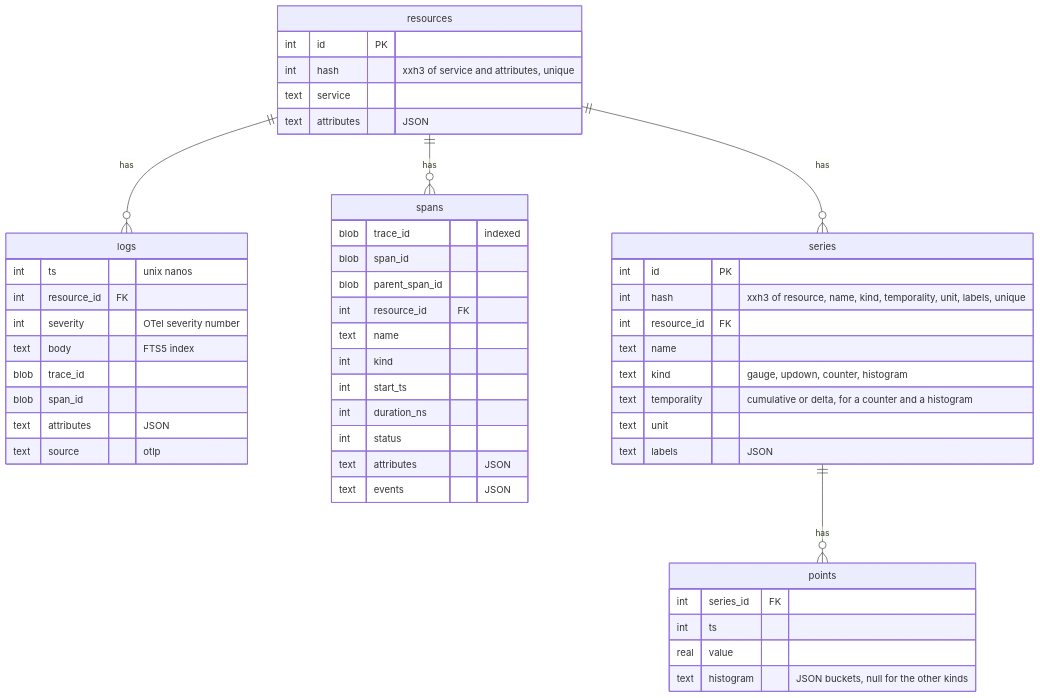
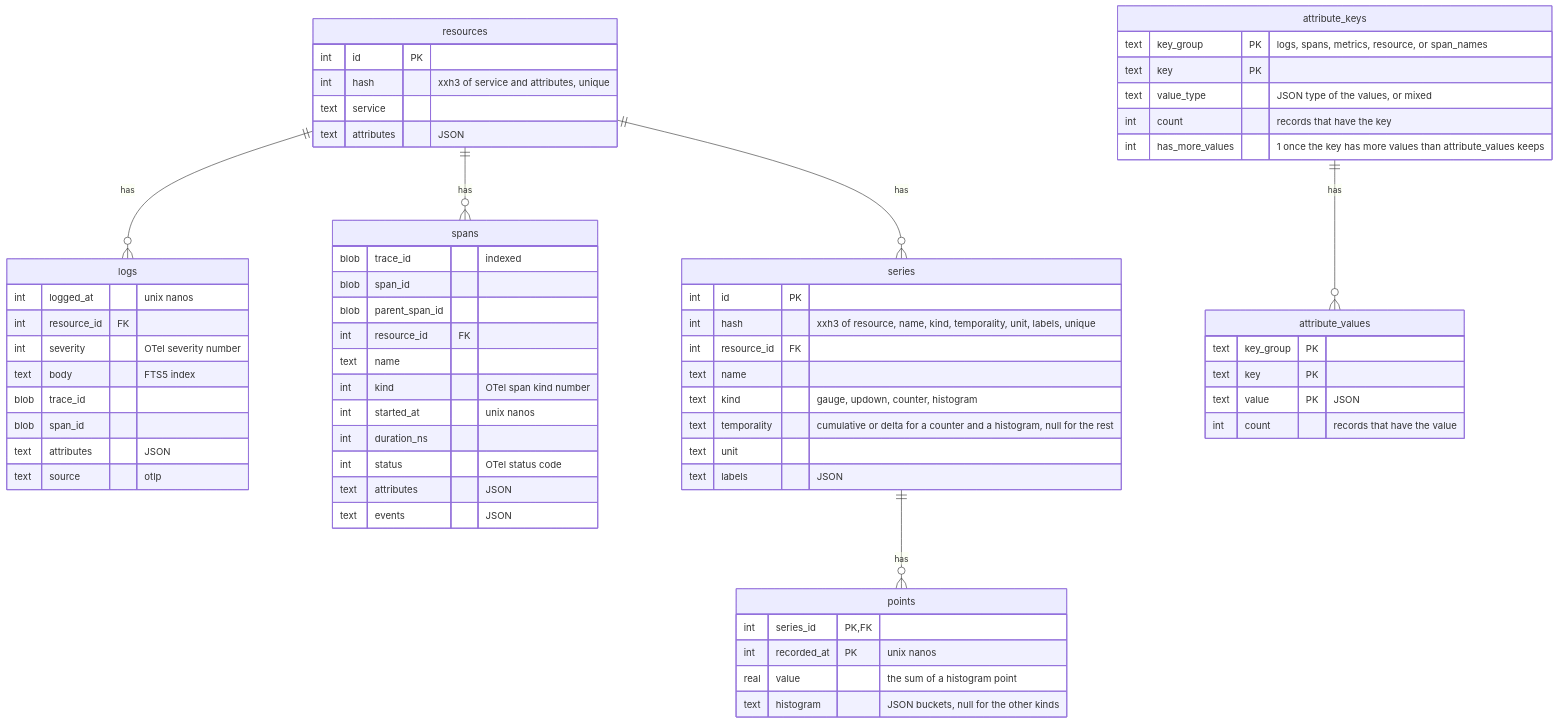
The second of 2 diagrams in docs/telemetry.md (sukovanej/otelo), drawn with Mermaid before and after one commit. The commit also changed other lines of this file, not shown here.

Commit message:
doc telemetry: edit
Via: claude-code

````diff
--- a/docs/telemetry.md
+++ b/docs/telemetry.md
@@ -35,52 +35,66 @@
 ```mermaid
 erDiagram
   resources ||--o{ logs : has
   resources ||--o{ spans : has
   resources ||--o{ series : has
   series ||--o{ points : has
+  attribute_keys ||--o{ attribute_values : has
   resources {
     int id PK
     int hash "xxh3 of service and attributes, unique"
     text service
     text attributes "JSON"
   }
   logs {
-    int ts "unix nanos"
+    int logged_at "unix nanos"
     int resource_id FK
     int severity "OTel severity number"
     text body "FTS5 index"
     blob trace_id
     blob span_id
     text attributes "JSON"
     text source "otlp"
   }
   spans {
     blob trace_id "indexed"
     blob span_id
     blob parent_span_id
     int resource_id FK
     text name
-    int kind
-    int start_ts
+    int kind "OTel span kind number"
+    int started_at "unix nanos"
     int duration_ns
-    int status
+    int status "OTel status code"
     text attributes "JSON"
     text events "JSON"
   }
   series {
     int id PK
     int hash "xxh3 of resource, name, kind, temporality, unit, labels, unique"
     int resource_id FK
     text name
     text kind "gauge, updown, counter, histogram"
-    text temporality "cumulative or delta, for a counter and a histogram"
+    text temporality "cumulative or delta for a counter and a histogram, null for the rest"
     text unit
     text labels "JSON"
   }
   points {
-    int series_id FK
-    int ts
-    real value
+    int series_id PK, FK
+    int recorded_at PK "unix nanos"
+    real value "the sum of a histogram point"
     text histogram "JSON buckets, null for the other kinds"
   }
+  attribute_keys {
+    text key_group PK "logs, spans, metrics, resource, or span_names"
+    text key PK
+    text value_type "JSON type of the values, or mixed"
+    int count "records that have the key"
+    int has_more_values "1 once the key has more values than attribute_values keeps"
+  }
+  attribute_values {
+    text key_group PK
+    text key PK
+    text value PK "JSON"
+    int count "records that have the value"
+  }
 ```
````
